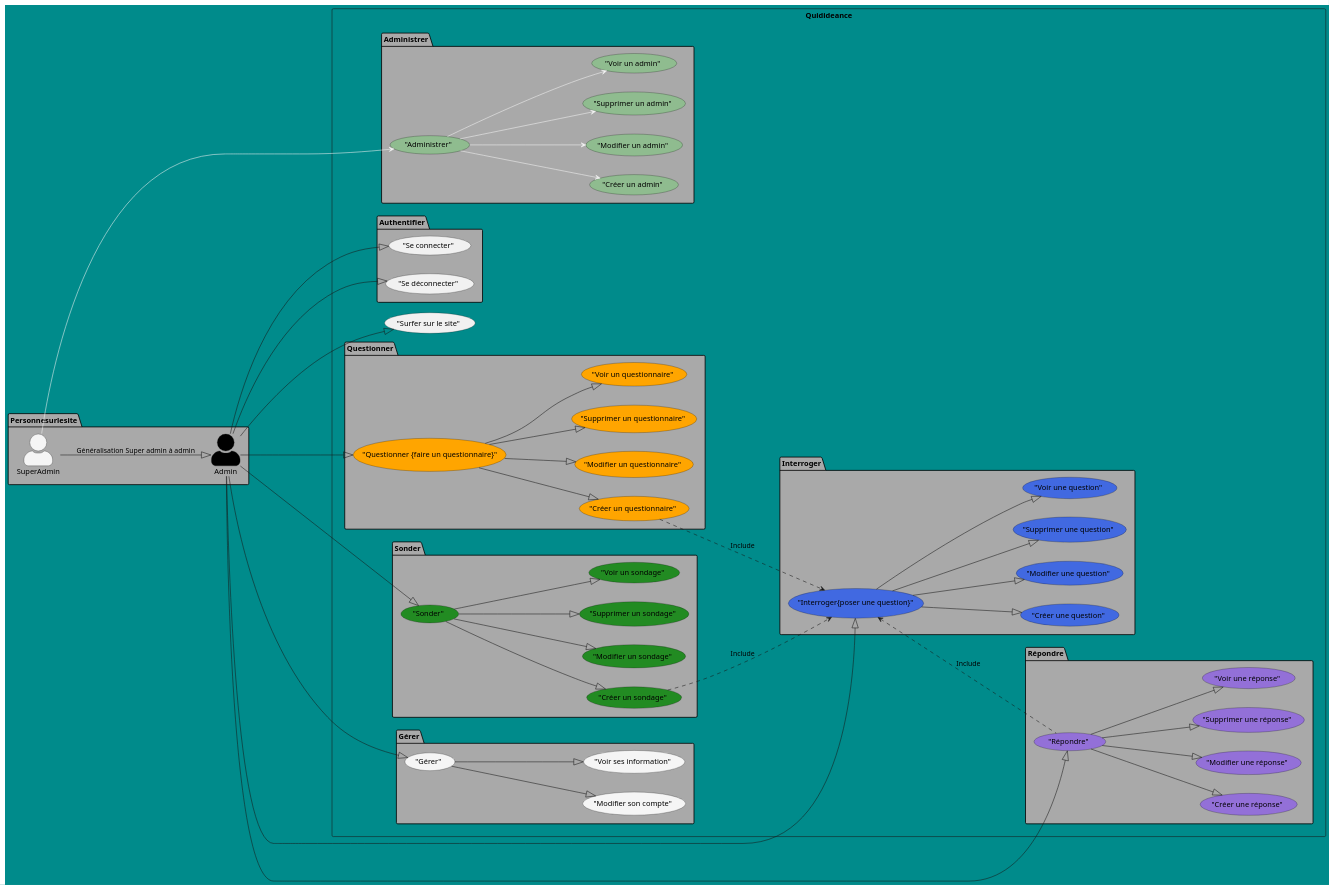
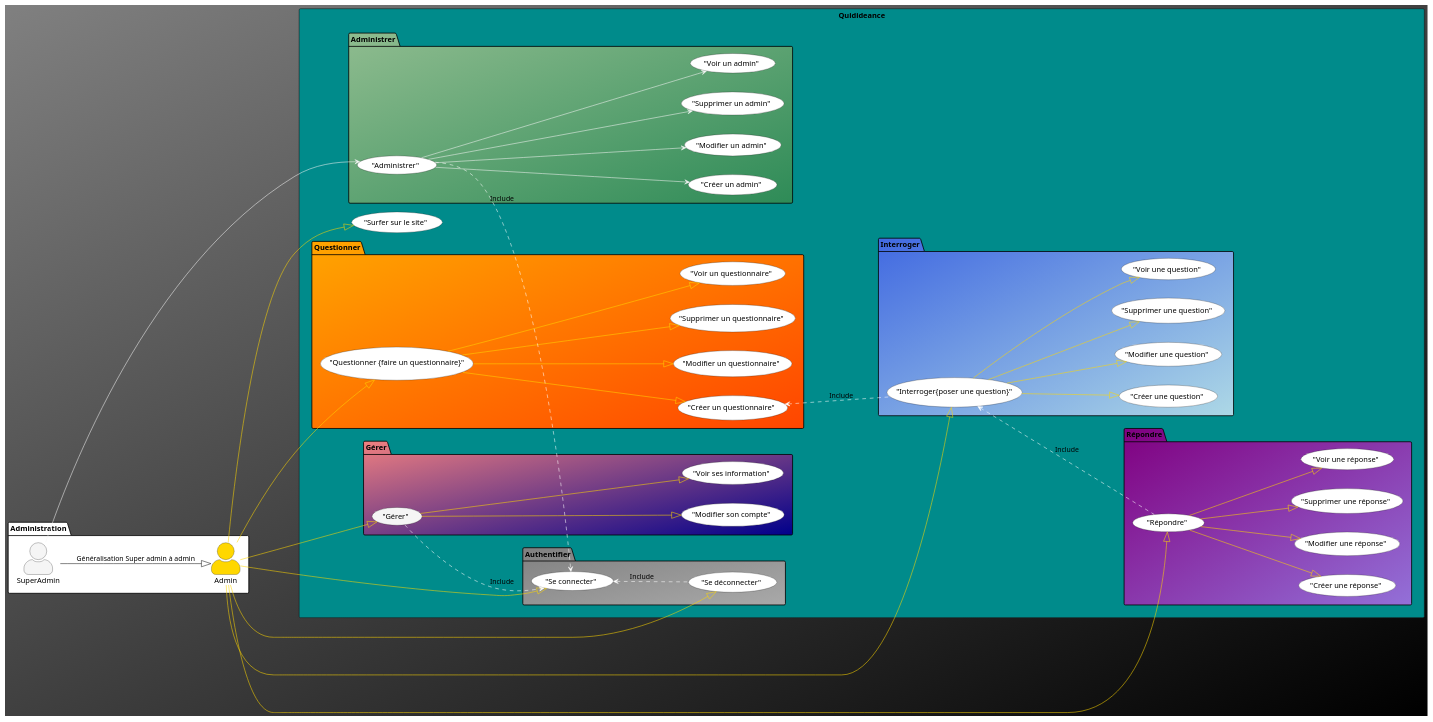
The diagram in documents/analyse_uml/diagramme_use_case/use_case_general.wsd (nwehla/QuidideanceTest), drawn with PlantUML before and after one commit. The commit also changed 4 other files, not shown here.

Commit message:
diagramme de use case general et diagramme de use case du superadmin et use case textuel

```diff
--- a/documents/analyse_uml/diagramme_use_case/use_case_general.wsd
+++ b/documents/analyse_uml/diagramme_use_case/use_case_general.wsd
@@ -1,125 +1,116 @@
 @startuml Codecouleur
 left to right direction
 skinparam actorStyle awesome
-skinparam BackgroundColor #DarkCyan
-package Personnesurlesite #DarkGrey {
-actor Admin as ADMIN #Black
-actor SuperAdmin as SUPADMIN #WhiteSmoke
+skinparam backgroundcolor Grey/Black
+skinparam classBackgroundColor Wheat|CornflowerBlue
+package Administration #White{
+    actor Admin as ADMIN #Gold
+    actor SuperAdmin as SUPADMIN #WhiteSmoke
 }
 
 
 Rectangle Quidideance #DarkCyan {
 
-    ("Surfer sur le site") as SURF
+    ("Surfer sur le site") as SURF #White
     
-package Administrer #DarkGrey {
-    ("Administrer") as ADM #DarkSeaGreen
-    ("Créer un admin") as ADMNEW #DarkSeaGreen
-    ("Modifier un admin") as ADMEDIT #DarkSeaGreen
-    ("Supprimer un admin") as ADMDELETE #DarkSeaGreen
-    ("Voir un admin") as ADMSHOW #DarkSeaGreen
+package Administrer #DarkSeaGreen/SeaGreen {
+    ("Administrer") as ADM #White
+    ("Créer un admin") as ADMNEW #White
+    ("Modifier un admin") as ADMEDIT #White
+    ("Supprimer un admin") as ADMDELETE #White
+    ("Voir un admin") as ADMSHOW #White
+}    
+package Interroger #RoyalBlue/LightBlue {
+
+    ("Interroger{poser une question}") as INT #White
+    ("Créer une question") as INTNEW #White
+    ("Modifier une question") as INTEDIT #White
+    ("Supprimer une question") as INTDELETE #White
+    ("Voir une question") as INTSHOW #White
 }
-    
-package Interroger #DarkGrey {
+package Questionner #Orange/OrangeRed {
 
-    ("Interroger{poser une question}") as INT #RoyalBlue
-    ("Créer une question") as INTNEW #RoyalBlue
-    ("Modifier une question") as INTEDIT #RoyalBlue
-    ("Supprimer une question") as INTDELETE #RoyalBlue
-    ("Voir une question") as INTSHOW #RoyalBlue
+    ("Questionner {faire un questionnaire}") as QUE #White
+    ("Créer un questionnaire") as QUENEW #White
+    ("Modifier un questionnaire") as QUEEDIT #White
+    ("Supprimer un questionnaire") as QUEDELETE #White
+    ("Voir un questionnaire") as QUESHOW #White
 }
-package Questionner #DarkGrey {
 
-    ("Questionner {faire un questionnaire}") as QUE #Orange 
-    ("Créer un questionnaire") as QUENEW #Orange
-    ("Modifier un questionnaire") as QUEEDIT #Orange
-    ("Supprimer un questionnaire") as QUEDELETE #Orange
-    ("Voir un questionnaire") as QUESHOW #Orange
+package Répondre #Purple/MediumPurple {
+
+    ("Répondre") as REP #White
+    ("Créer une réponse") as REPNEW #White
+    ("Modifier une réponse") as REPEDIT #White
+    ("Supprimer une réponse") as REPDELETE #White
+    ("Voir une réponse") as REPSHOW #White
 }
-package Sonder #DarkGrey {
-
-    ("Sonder") as SON #ForestGreen
-    ("Créer un sondage") as SONNEW #ForestGreen
-    ("Modifier un sondage") as SONEDIT #ForestGreen
-    ("Supprimer un sondage") as SONDELETE #ForestGreen
-    ("Voir un sondage") as SONSHOW #ForestGreen
-}
-package Répondre #DarkGrey {
-
-    ("Répondre") as REP #MediumPurple
-    ("Créer une réponse") as REPNEW #MediumPurple
-    ("Modifier une réponse") as REPEDIT #MediumPurple
-    ("Supprimer une réponse") as REPDELETE #MediumPurple
-    ("Voir une réponse") as REPSHOW #MediumPurple
-}
-package Gérer #DarkGrey {
+package Gérer #LightCoral/DarkBlue {
 
     ("Gérer") as GER #WhiteSmoke
-    ("Modifier son compte") as GEREDIT #WhiteSmoke
-    ("Voir ses information") as GERSHOW #WhiteSmoke
+    ("Modifier son compte") as GEREDIT #White
+    ("Voir ses information") as GERSHOW #White
 }
-package Authentifier #DarkGrey {
-    ("Se connecter") as CON
-    ("Se déconnecter") as DEC
+package Authentifier #Grey/DarkGrey {
+    ("Se connecter") as CON #White
+    ("Se déconnecter") as DEC #White
 }
 
 
     SUPADMIN--|> ADMIN : Généralisation Super admin à admin
 
 
 
-    ADMIN---|>SURF
-    ADMIN---|>CON
-    ADMIN---|>DEC
+    ADMIN--up-|>CON #Gold
+    ADMIN---|>DEC #Gold
+    ADMIN--|>SURF #Gold
 
 
-    ADMIN---|>QUE
-    QUE---|>QUENEW
-    QUE---|>QUEEDIT
-    QUE---|>QUEDELETE
-    QUE---|>QUESHOW
 
-    ADMIN---|>SON
-    SON---|>SONNEW
-    SON---|>SONEDIT
-    SON---|>SONDELETE
-    SON---|>SONSHOW
+    ADMIN---|>QUE #Gold 
+    QUE---|>QUENEW #Gold
+    QUE---|>QUEEDIT #Gold
+    QUE---|>QUEDELETE #Gold
+    QUE---|>QUESHOW #Gold   
 
-    ADMIN---|>INT
-    INT---|>INTNEW
-    INT---|>INTEDIT
-    INT---|>INTDELETE
-    INT---|>INTSHOW
+    ADMIN---|>INT #Gold
+    INT---|>INTNEW #Gold
+    INT---|>INTEDIT #Gold
+    INT---|>INTDELETE #Gold
+    INT---|>INTSHOW #Gold
 
-    ADMIN---|>REP
-    REP---|>REPNEW
-    REP---|>REPEDIT
-    REP---|>REPDELETE
-    REP---|>REPSHOW
+    ADMIN---|>REP #Gold
+    REP---|>REPNEW #Gold
+    REP---|>REPEDIT #Gold
+    REP---|>REPDELETE #Gold
+    REP---|>REPSHOW #Gold
 
-    ADMIN---|>GER
-    GER---|>GEREDIT
-    GER---|>GERSHOW
+    ADMIN---|>GER #Gold
+    GER---|>GEREDIT #Gold
+    GER---|>GERSHOW #Gold
 
     SUPADMIN----->ADM #WhiteSmoke
     ADM--->ADMNEW #WhiteSmoke
     ADM--->ADMEDIT #WhiteSmoke
     ADM--->ADMDELETE #WhiteSmoke
     ADM--->ADMSHOW #WhiteSmoke
 
-    QUENEW-..>INT : Include
-    SONNEW-..>INT : Include
-    INT<..-REP : Include
+    CON<.-DEC #White : Include
+    ADM-.>CON #White : Include
+    GER-.>CON #White : Include
+    QUENEW<..-INT #White : Include
+    INT<..-REP #White : Include
+    
     
     
     
     
 
 
 
       
     
   
 }
 
 @enduml
```
